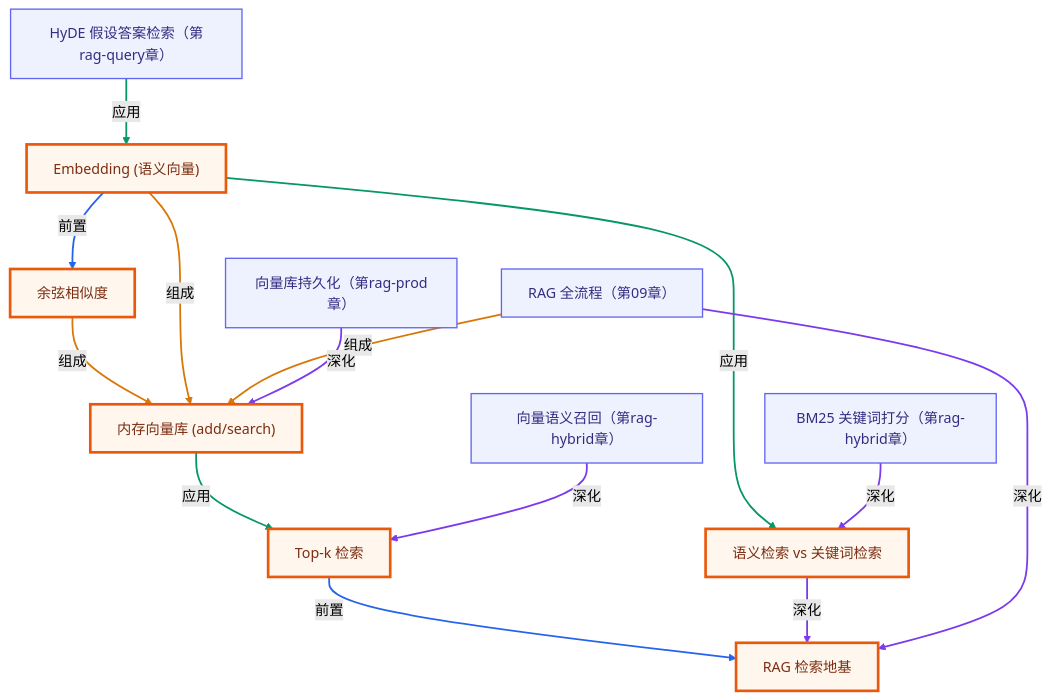
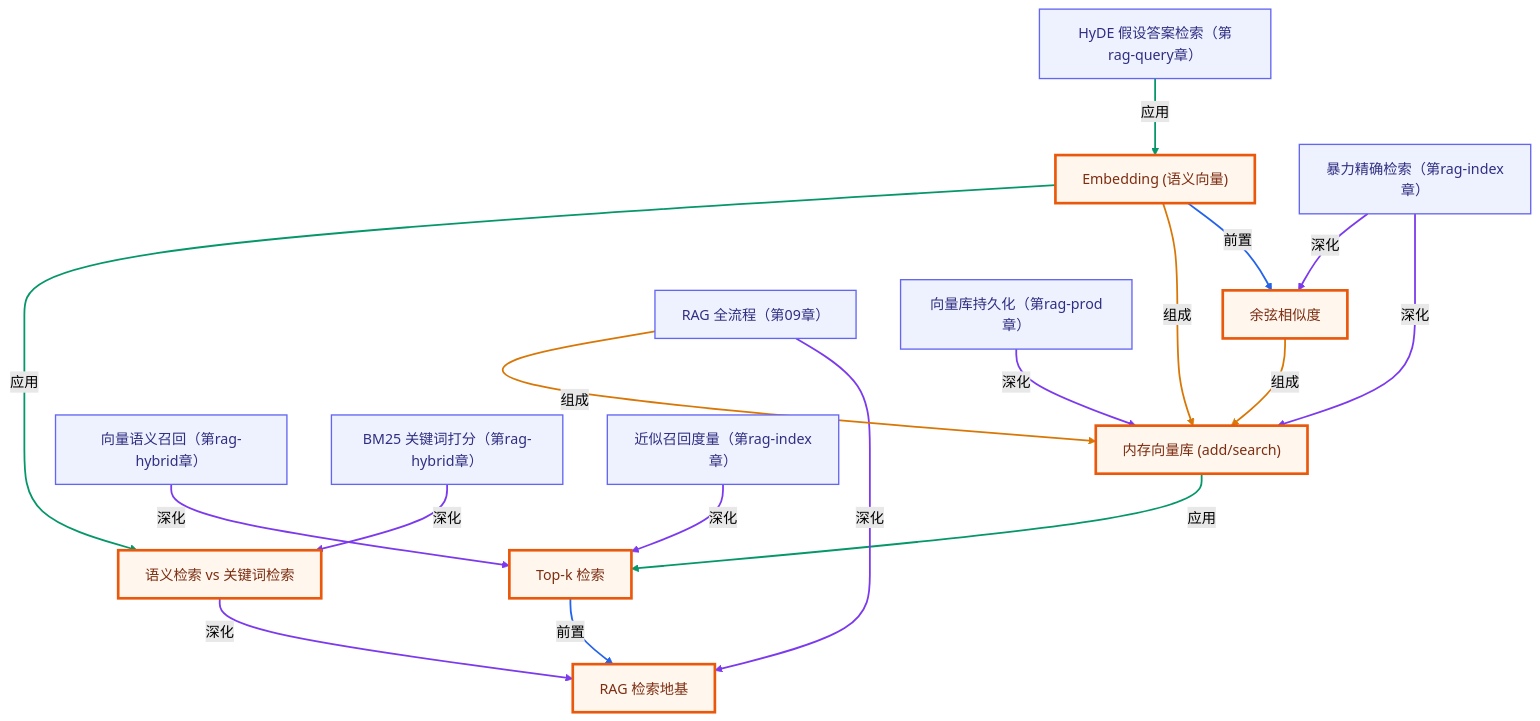
Before and after one commit to songuu/agent: the second of 2 diagrams in lessons/08-embeddings-and-vector-search/README.md, drawn with Mermaid (forest theme). The commit also changed other lines of this file and 22 other files, not shown here.

First line of the commit message:
Update knowledge graph and plans for RAG security and indexing enhancements

````diff
--- a/lessons/08-embeddings-and-vector-search/README.md
+++ b/lessons/08-embeddings-and-vector-search/README.md
@@ -218,44 +218,52 @@
 ```mermaid
 graph TB
   classDef own fill:#fff7ed,stroke:#ea580c,stroke-width:3px,color:#7c2d12;
   classDef cross fill:#eef2ff,stroke:#6366f1,stroke-width:1.5px,color:#312e81;
   n_c08_embedding["Embedding (语义向量)"]
   n_c08_cosine_similarity["余弦相似度"]
   n_c08_vector_store["内存向量库 (add/search)"]
   n_c08_topk_retrieval["Top-k 检索"]
   n_c08_semantic_vs_keyword["语义检索 vs 关键词检索"]
   n_c08_rag_foundation["RAG 检索地基"]
   n_c09_rag_pipeline["RAG 全流程（第09章）"]
   n_craghybrid_vector_recall["向量语义召回（第rag-hybrid章）"]
   n_craghybrid_bm25["BM25 关键词打分（第rag-hybrid章）"]
   n_cragquery_hyde["HyDE 假设答案检索（第rag-query章）"]
   n_cragprod_persistence["向量库持久化（第rag-prod章）"]
+  n_cragidx_brute_force["暴力精确检索（第rag-index章）"]
+  n_cragidx_recall_at_scale["近似召回度量（第rag-index章）"]
   n_c08_embedding -->|前置| n_c08_cosine_similarity
   n_c08_cosine_similarity -->|组成| n_c08_vector_store
   n_c08_embedding -->|组成| n_c08_vector_store
   n_c08_vector_store -->|应用| n_c08_topk_retrieval
   n_c08_embedding -->|应用| n_c08_semantic_vs_keyword
   n_c08_topk_retrieval -->|前置| n_c08_rag_foundation
   n_c08_semantic_vs_keyword -->|深化| n_c08_rag_foundation
   n_c09_rag_pipeline -->|深化| n_c08_rag_foundation
   n_c09_rag_pipeline -->|组成| n_c08_vector_store
   n_craghybrid_vector_recall -->|深化| n_c08_topk_retrieval
   n_craghybrid_bm25 -->|深化| n_c08_semantic_vs_keyword
   n_cragquery_hyde -->|应用| n_c08_embedding
   n_cragprod_persistence -->|深化| n_c08_vector_store
+  n_cragidx_brute_force -->|深化| n_c08_vector_store
+  n_cragidx_brute_force -->|深化| n_c08_cosine_similarity
+  n_cragidx_recall_at_scale -->|深化| n_c08_topk_retrieval
   class n_c08_embedding,n_c08_cosine_similarity,n_c08_vector_store,n_c08_topk_retrieval,n_c08_semantic_vs_keyword,n_c08_rag_foundation own;
-  class n_c09_rag_pipeline,n_craghybrid_vector_recall,n_craghybrid_bm25,n_cragquery_hyde,n_cragprod_persistence cross;
+  class n_c09_rag_pipeline,n_craghybrid_vector_recall,n_craghybrid_bm25,n_cragquery_hyde,n_cragprod_persistence,n_cragidx_brute_force,n_cragidx_recall_at_scale cross;
   linkStyle 0 stroke:#2563eb,stroke-width:2px;
   linkStyle 1 stroke:#d97706,stroke-width:2px;
   linkStyle 2 stroke:#d97706,stroke-width:2px;
   linkStyle 3 stroke:#059669,stroke-width:2px;
   linkStyle 4 stroke:#059669,stroke-width:2px;
   linkStyle 5 stroke:#2563eb,stroke-width:2px;
   linkStyle 6 stroke:#7c3aed,stroke-width:2px;
   linkStyle 7 stroke:#7c3aed,stroke-width:2px;
   linkStyle 8 stroke:#d97706,stroke-width:2px;
   linkStyle 9 stroke:#7c3aed,stroke-width:2px;
   linkStyle 10 stroke:#7c3aed,stroke-width:2px;
   linkStyle 11 stroke:#059669,stroke-width:2px;
   linkStyle 12 stroke:#7c3aed,stroke-width:2px;
+  linkStyle 13 stroke:#7c3aed,stroke-width:2px;
+  linkStyle 14 stroke:#7c3aed,stroke-width:2px;
+  linkStyle 15 stroke:#7c3aed,stroke-width:2px;
 ```
````
